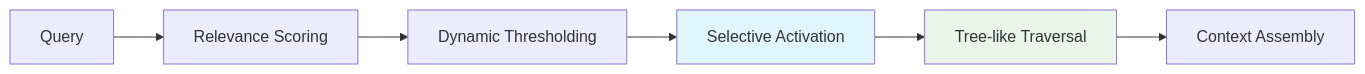
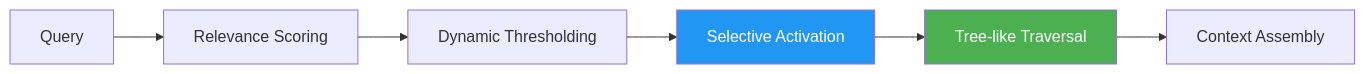
One commit to gpbacay/graph-of-thought changed the eighth of 8 diagrams in README.md. Above: the diagram before and after it, drawn with Mermaid. The commit also changed other lines of this file and 1 other file, not shown here.

First line of the commit message:
docs(readme): enhance process flow diagrams with styled mermaid graphs

````diff
--- a/README.md
+++ b/README.md
@@ -335,11 +348,11 @@
 ```mermaid
 graph LR
     A[Query] --> B[Relevance Scoring]
     B --> C[Dynamic Thresholding]
     C --> D[Selective Activation]
     D --> E[Tree-like Traversal]
     E --> F[Context Assembly]
     
-    style D fill:#e1f5fe
-    style E fill:#e8f5e8
+    style D fill:#2196f3,color:#ffffff
+    style E fill:#4caf50,color:#ffffff
 ```
````
